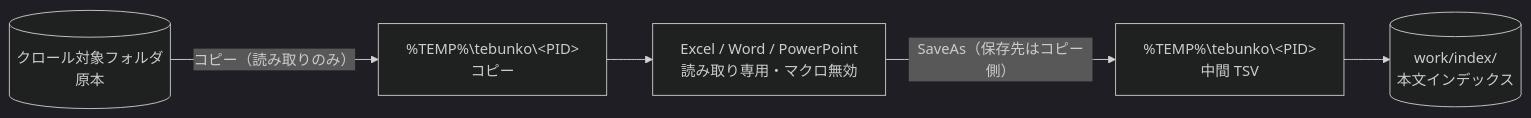
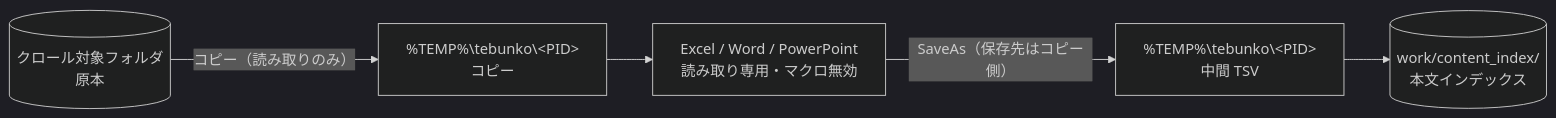
The diagram in docs/safety/file-access.md (hsgwa/tebunko), drawn with Mermaid (dark theme) before and after one commit. The commit also changed other lines of this file and 29 other files, not shown here.

First line of the commit message:
docs: 設計書・手引き・README・SECURITY のフォルダ名・ファイル名を content_index・system_index にそろえる

````diff
--- a/docs/safety/file-access.md
+++ b/docs/safety/file-access.md
@@ -32,13 +32,13 @@
 ```mermaid
 flowchart LR
     src[("クロール対象フォルダ<br>原本")]
     copy["%TEMP%\tebunko\#lt;PID#gt;<br>コピー"]
     office["Excel / Word / PowerPoint<br>読み取り専用・マクロ無効"]
     tsv["%TEMP%\tebunko\#lt;PID#gt;<br>中間 TSV"]
-    idx[("work/index/<br>本文インデックス")]
+    idx[("work/content_index/<br>本文インデックス")]
 
     src -- "コピー（読み取りのみ）" --> copy
     copy --> office
     office -- "SaveAs（保存先はコピー側）" --> tsv
     tsv --> idx
 ```
````
